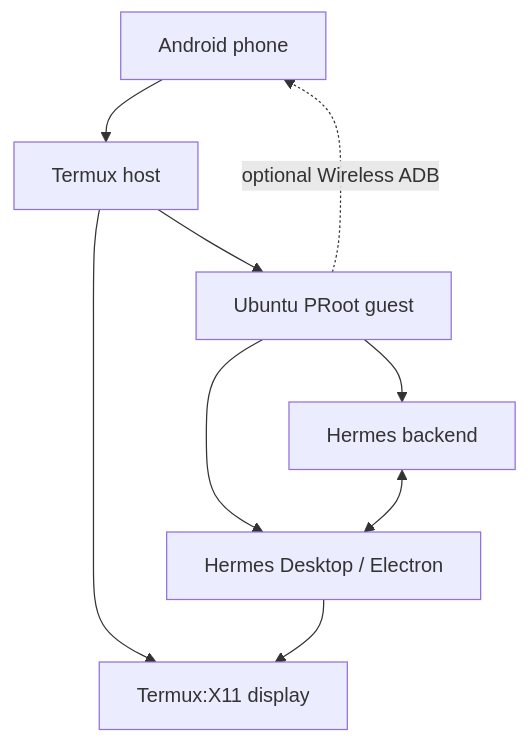
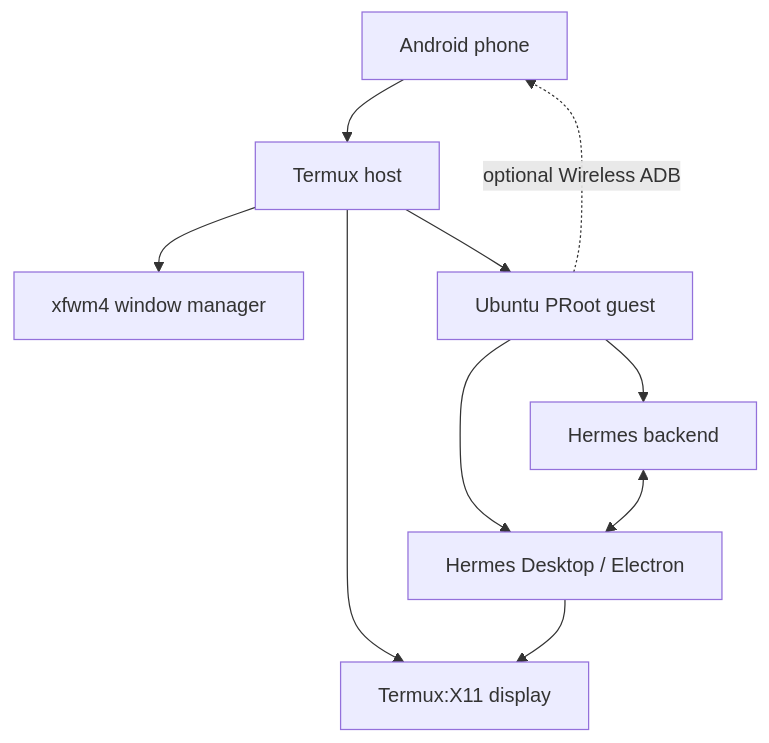
Before and after one commit to Dadmin88/hermes-desktop-android: the diagram in docs/STACK.md, drawn with Mermaid. The commit also changed other lines of this file and 9 other files, not shown here.

````diff
--- a/docs/STACK.md
+++ b/docs/STACK.md
@@ -7,11 +7,12 @@
 ```mermaid
 flowchart TB
     A["Android phone"] --> B["Termux host"]
     B --> C["Termux:X11 display"]
+    B --> G["xfwm4 window manager"]
     B --> D["Ubuntu PRoot guest"]
     D --> E["Hermes backend"]
     D --> F["Hermes Desktop / Electron"]
     F --> C
     E <--> F
     D -. "optional Wireless ADB" .-> A
 ```
````
